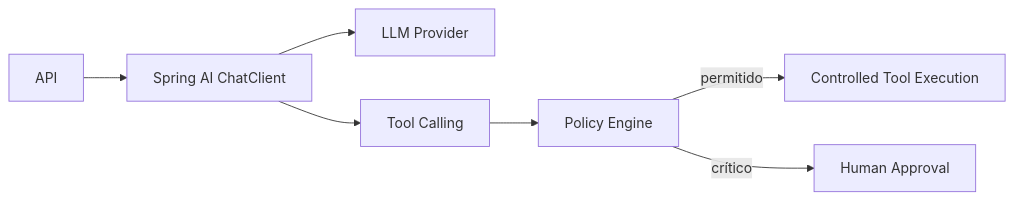
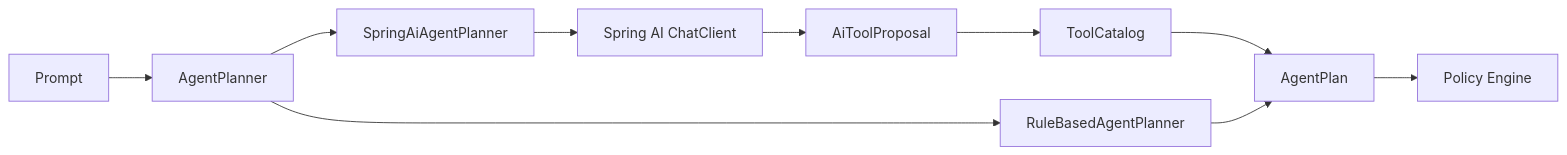
Before and after one commit to juceliocoelho2022/secure-agent-hub: the third of 5 diagrams in docs/ARCHITECTURE.md, drawn with Mermaid. The commit also changed other lines of this file and 3 other files, not shown here.

Commit message:
docs: close v1.3 governed AI architecture

````diff
--- a/docs/ARCHITECTURE.md
+++ b/docs/ARCHITECTURE.md
@@ -113,9 +116,12 @@
 ```mermaid
 flowchart LR
-    API --> AI[Spring AI ChatClient]
-    AI --> LLM[LLM Provider]
-    AI --> TC[Tool Calling]
-    TC --> POL[Policy Engine]
-    POL -->|permitido| EXEC[Controlled Tool Execution]
-    POL -->|crítico| HITL[Human Approval]
+    P[Prompt] --> AP[AgentPlanner]
+    AP --> RB[RuleBasedAgentPlanner]
+    AP --> AI[SpringAiAgentPlanner]
+    AI --> CC[Spring AI ChatClient]
+    CC --> PROP[AiToolProposal]
+    PROP --> CAT[ToolCatalog]
+    CAT --> PLAN[AgentPlan]
+    RB --> PLAN
+    PLAN --> POL[Policy Engine]
 ```
````
